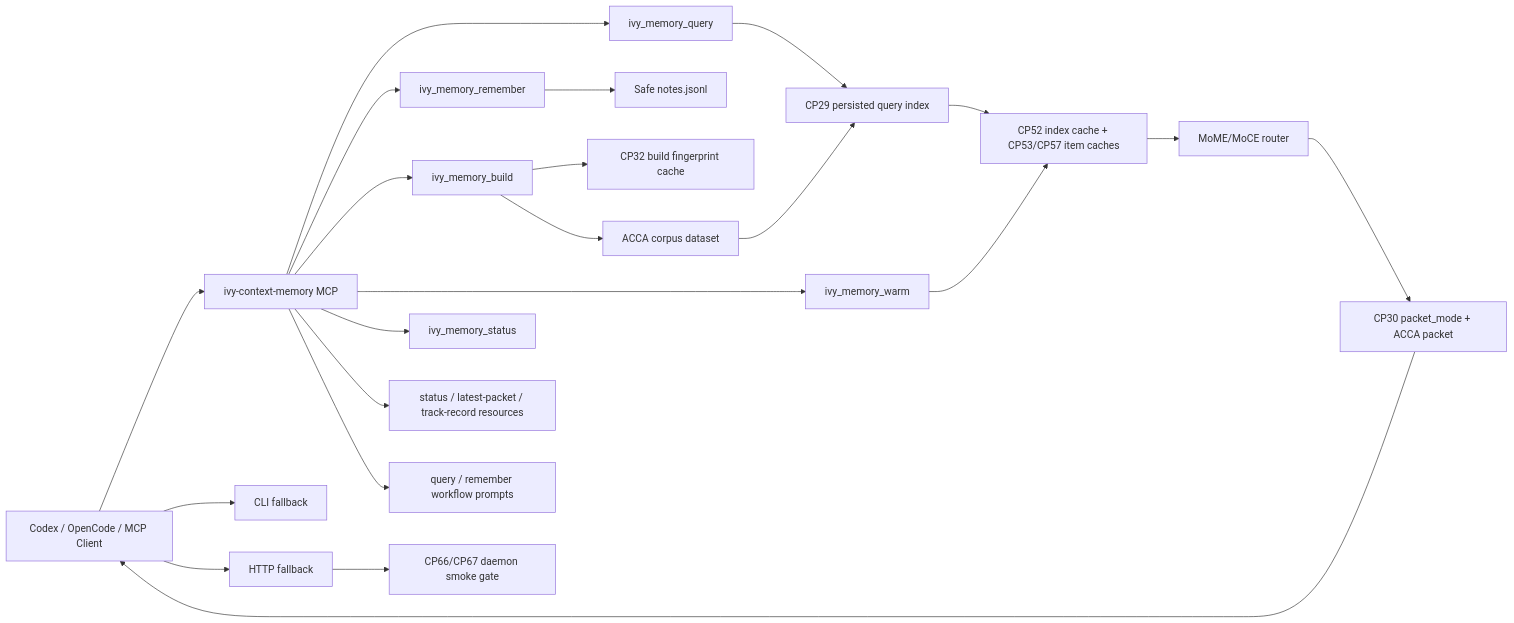
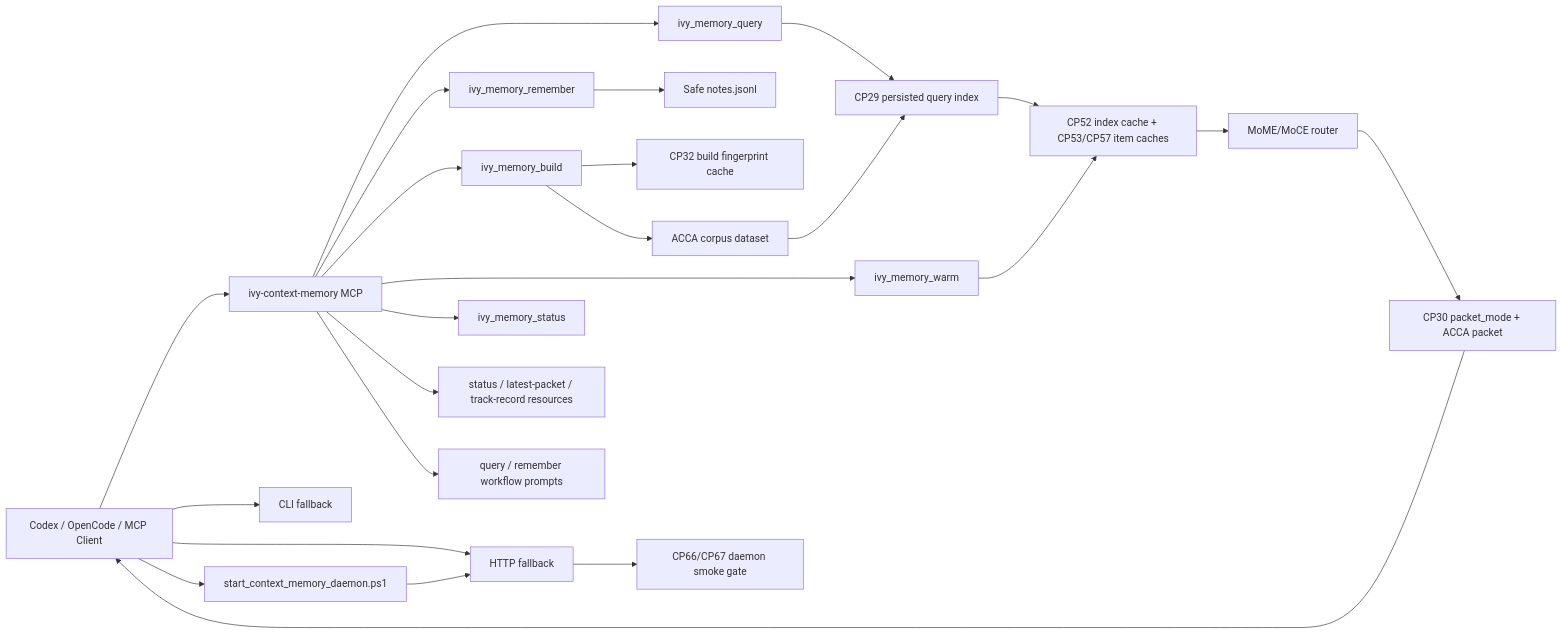
Before and after one commit to arahe-dev/ivy: the diagram in MoME-MoCE-Exp/docs/PLUGIN_SUPERCHARGE_TRACK_RECORD_2026-05-11.md, drawn with Mermaid. The commit also changed other lines of this file and 1 other file, not shown here.

Commit message:
cp73 update bootstrap track records

````diff
--- a/MoME-MoCE-Exp/docs/PLUGIN_SUPERCHARGE_TRACK_RECORD_2026-05-11.md
+++ b/MoME-MoCE-Exp/docs/PLUGIN_SUPERCHARGE_TRACK_RECORD_2026-05-11.md
@@ -202,26 +216,28 @@
 ```mermaid
 flowchart LR
   Agent["Codex / OpenCode / MCP Client"] --> MCP["ivy-context-memory MCP"]
   Agent --> CLI["CLI fallback"]
   Agent --> HTTP["HTTP fallback"]
+  Agent --> Bootstrap["start_context_memory_daemon.ps1"]
 
   MCP --> Query["ivy_memory_query"]
   MCP --> Remember["ivy_memory_remember"]
   MCP --> Build["ivy_memory_build"]
   MCP --> Warm["ivy_memory_warm"]
   MCP --> Status["ivy_memory_status"]
   MCP --> Resources["status / latest-packet / track-record resources"]
   MCP --> Prompts["query / remember workflow prompts"]
 
   Remember --> Notes["Safe notes.jsonl"]
   Build --> Cache["CP32 build fingerprint cache"]
   Build --> Corpus["ACCA corpus dataset"]
   Corpus --> Index["CP29 persisted query index"]
   Index --> HotCache["CP52 index cache + CP53/CP57 item caches"]
   Warm --> HotCache
   Query --> Index
   HotCache --> Router["MoME/MoCE router"]
   Router --> Packet["CP30 packet_mode + ACCA packet"]
   Packet --> Agent
   HTTP --> DaemonGate["CP66/CP67 daemon smoke gate"]
+  Bootstrap --> HTTP
 ```
````
